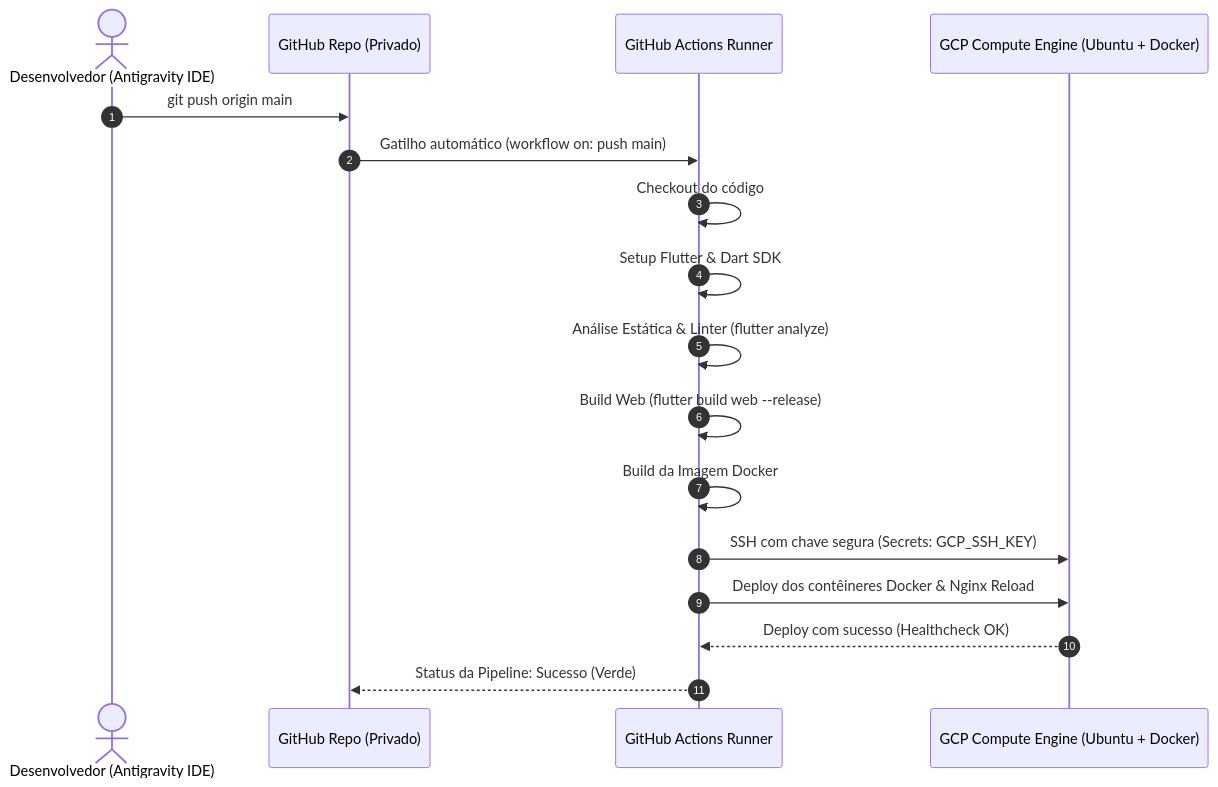
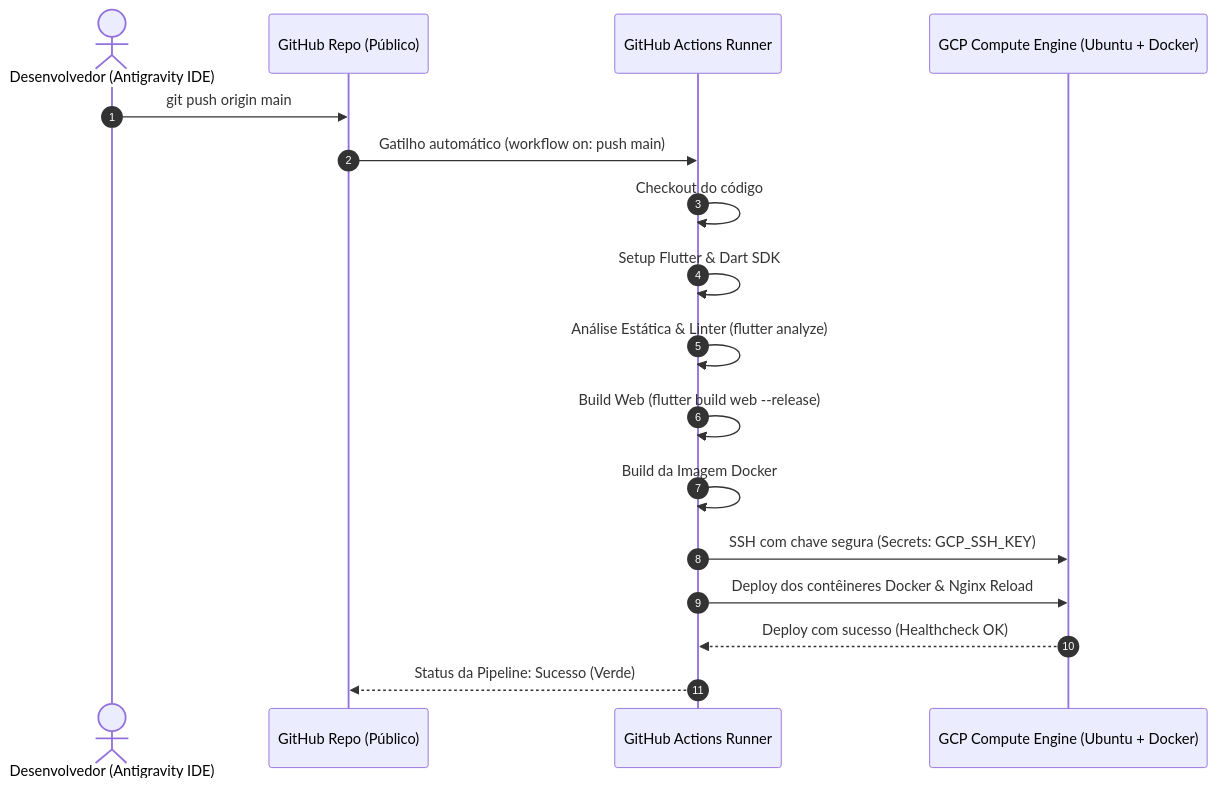
The second of 2 diagrams in docs/arquitetura_e_diretrizes.md (antonxandre/cybersecurity-wars), drawn with Mermaid before and after one commit. The commit also changed other lines of this file and 1 other file, not shown here.

````diff
--- a/docs/arquitetura_e_diretrizes.md
+++ b/docs/arquitetura_e_diretrizes.md
@@ -174,20 +174,20 @@
 ```mermaid
 sequenceDiagram
     autonumber
     actor Dev as Desenvolvedor (Antigravity IDE)
-    participant GH as GitHub Repo (Privado)
+    participant GH as GitHub Repo (Público)
     participant GHA as GitHub Actions Runner
     participant GCP as GCP Compute Engine (Ubuntu + Docker)
 
     Dev->>GH: git push origin main
     GH->>GHA: Gatilho automático (workflow on: push main)
     GHA->>GHA: Checkout do código
     GHA->>GHA: Setup Flutter & Dart SDK
     GHA->>GHA: Análise Estática & Linter (flutter analyze)
     GHA->>GHA: Build Web (flutter build web --release)
     GHA->>GHA: Build da Imagem Docker
     GHA->>GCP: SSH com chave segura (Secrets: GCP_SSH_KEY)
     GHA->>GCP: Deploy dos contêineres Docker & Nginx Reload
     GCP-->>GHA: Deploy com sucesso (Healthcheck OK)
     GHA-->>GH: Status da Pipeline: Sucesso (Verde)
 ```
````
